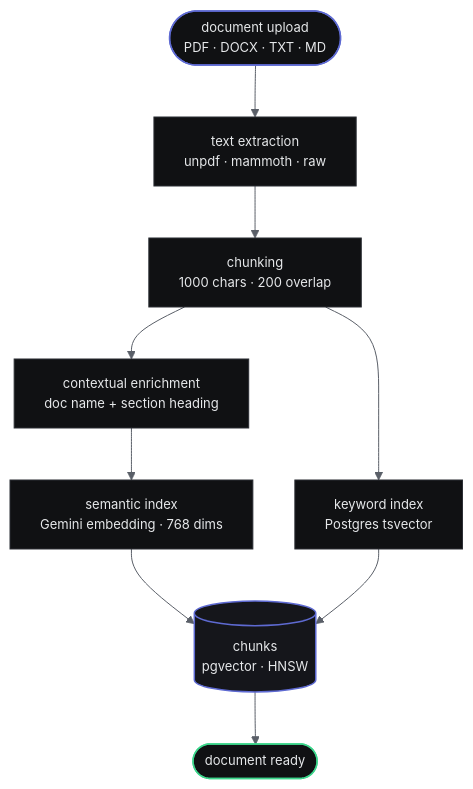
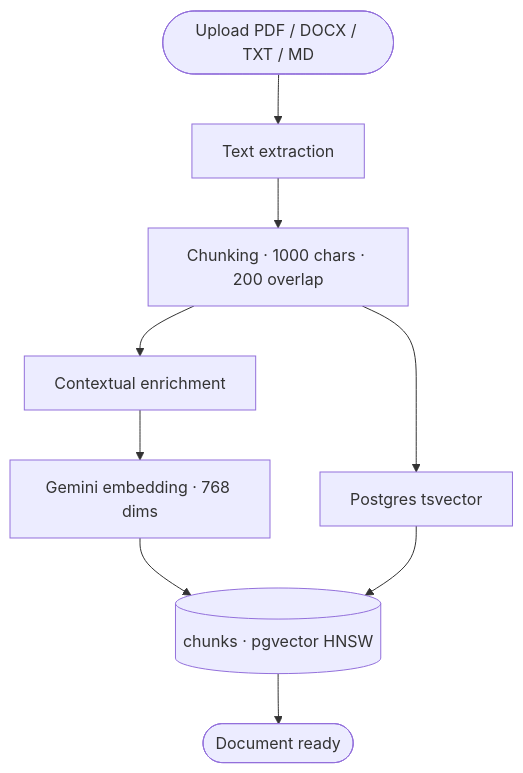
The second of 5 diagrams in README.md (itsyashbisht/IntelliVault-Enterprise), drawn with Mermaid before and after one commit. The commit also changed other lines of this file, not shown here.

````diff
--- a/README.md
+++ b/README.md
@@ -107,19 +116,11 @@
 ```mermaid
-%%{init: {"theme":"base","themeVariables":{"fontFamily":"Inter, Segoe UI, sans-serif","fontSize":"13px","primaryColor":"#101113","primaryTextColor":"#e6e8ea","primaryBorderColor":"#2b2e34","lineColor":"#5a5f68","edgeLabelBackground":"#0b0c0e"},"flowchart":{"curve":"basis","nodeSpacing":42,"rankSpacing":52}}}%%
 flowchart TD
-    A(["document upload\nPDF · DOCX · TXT · MD"]) --> B["text extraction\nunpdf · mammoth · raw"]
-    B --> C["chunking\n1000 chars · 200 overlap"]
-    C --> C2["contextual enrichment\ndoc name + section heading"]
-    C2 --> D["semantic index\nGemini embedding · 768 dims"]
-    C --> E["keyword index\nPostgres tsvector"]
-    D --> F[("chunks\npgvector · HNSW")]
+    A([Upload PDF / DOCX / TXT / MD]) --> B[Text extraction]
+    B --> C[Chunking · 1000 chars · 200 overlap]
+    C --> C2[Contextual enrichment]
+    C2 --> D[Gemini embedding · 768 dims]
+    C --> E[Postgres tsvector]
+    D --> F[(chunks · pgvector HNSW)]
     E --> F
-    F --> G(["document ready"])
-
-    classDef entry stroke:#5e6ad2,stroke-width:1.5px
-    classDef store fill:#15161b,stroke:#5e6ad2,stroke-width:1.5px
-    classDef exit stroke:#3dd68c,stroke-width:1.5px
-    class A entry
-    class F store
-    class G exit
+    F --> G([Document ready])
 ```
````
